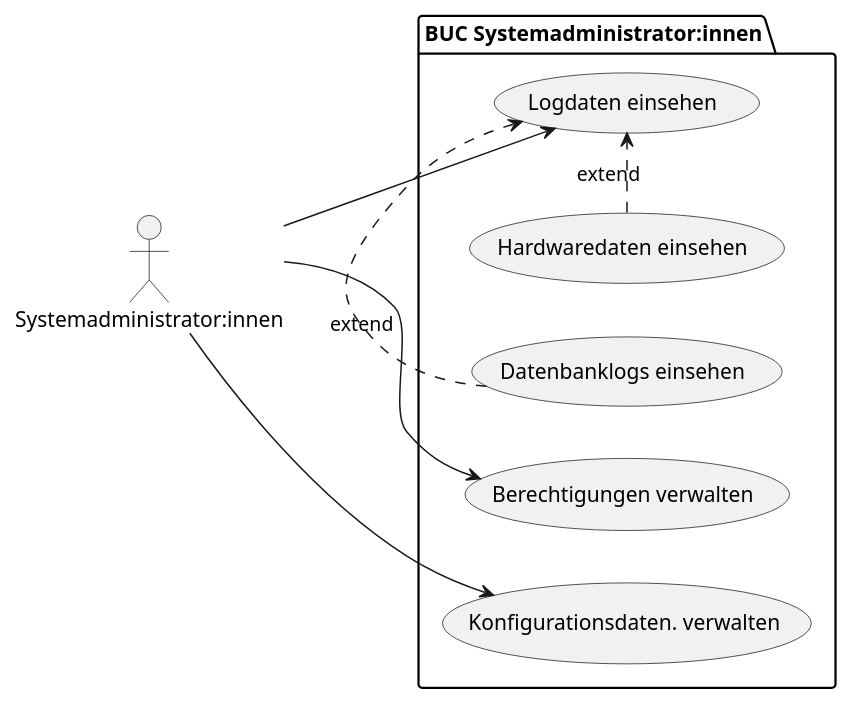
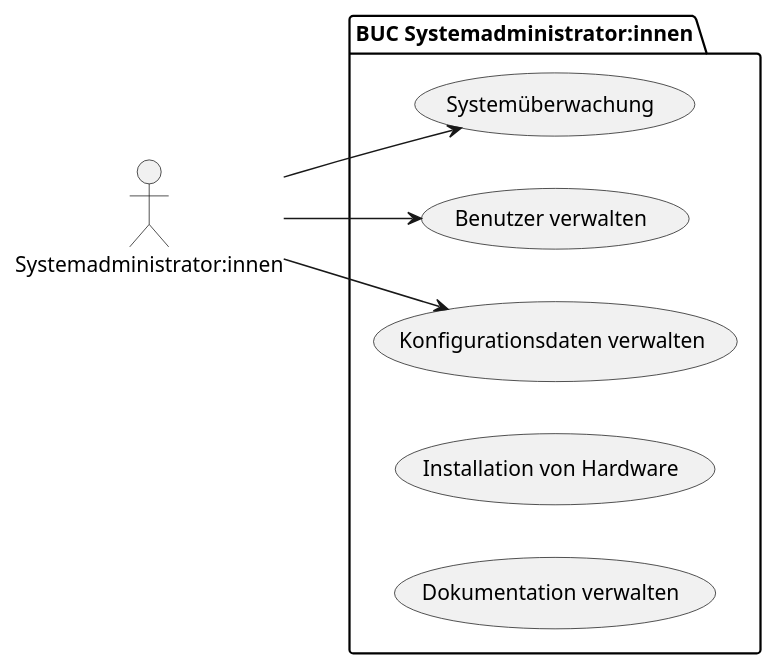
Before and after one commit to helenlaible/ss23-kba-project: the second of 9 diagrams in docs/2_planning/1_business_use_cases.md, drawn with PlantUML.

Commit message:
Update 1_business_use_cases.md
BUC angepasst

````diff
--- a/docs/2_planning/1_business_use_cases.md
+++ b/docs/2_planning/1_business_use_cases.md
@@ -57,20 +57,17 @@
 ```plantuml BUC für Systemadministrator:innen
 left to right direction
 
 actor "Systemadministrator:innen" as g
 
 package "BUC Systemadministrator:innen" {
-  usecase "Logdaten einsehen" as UC1
-  usecase "Berechtigungen verwalten" as UC2
-  usecase "Konfigurationsdaten. verwalten" as UC3
-  usecase "Hardwaredaten einsehen" as UC4
-  usecase "Datenbanklogs einsehen" as UC5
+  usecase "Systemüberwachung" as UC1
+  usecase "Benutzer verwalten" as UC2
+  usecase "Konfigurationsdaten verwalten" as UC3
+  usecase "Installation von Hardware" as UC4
+  usecase "Dokumentation verwalten" as UC5
 }
 
 g --> UC1
 g --> UC2
 g --> UC3
-
-(UC4) .> (UC1) : extend
-(UC5) .> (UC1) : extend
 ```
````
